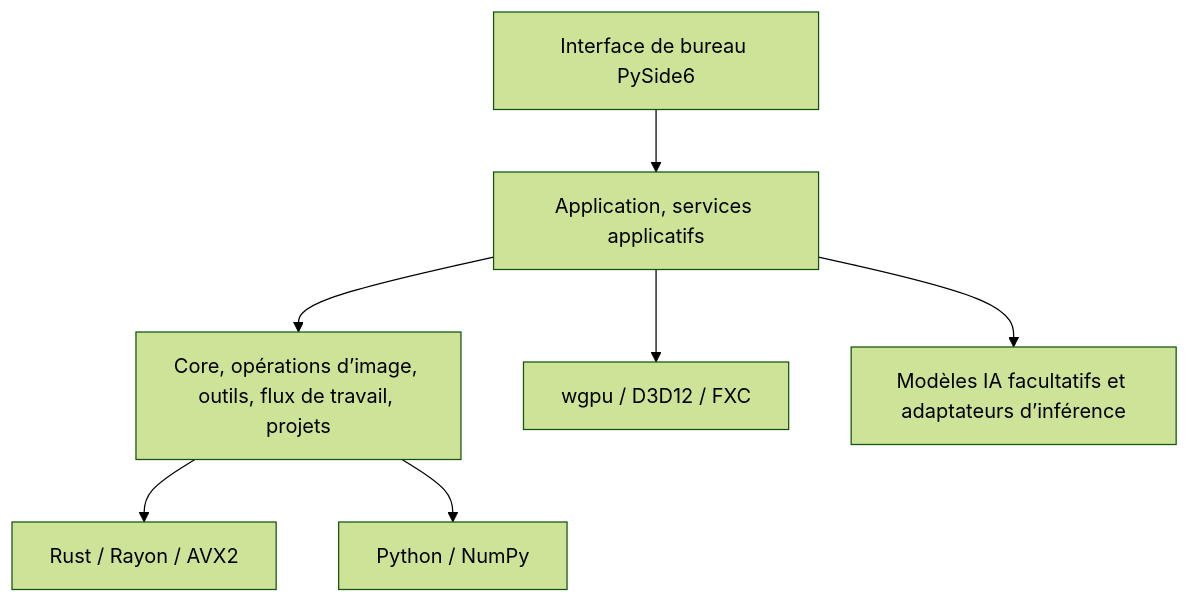
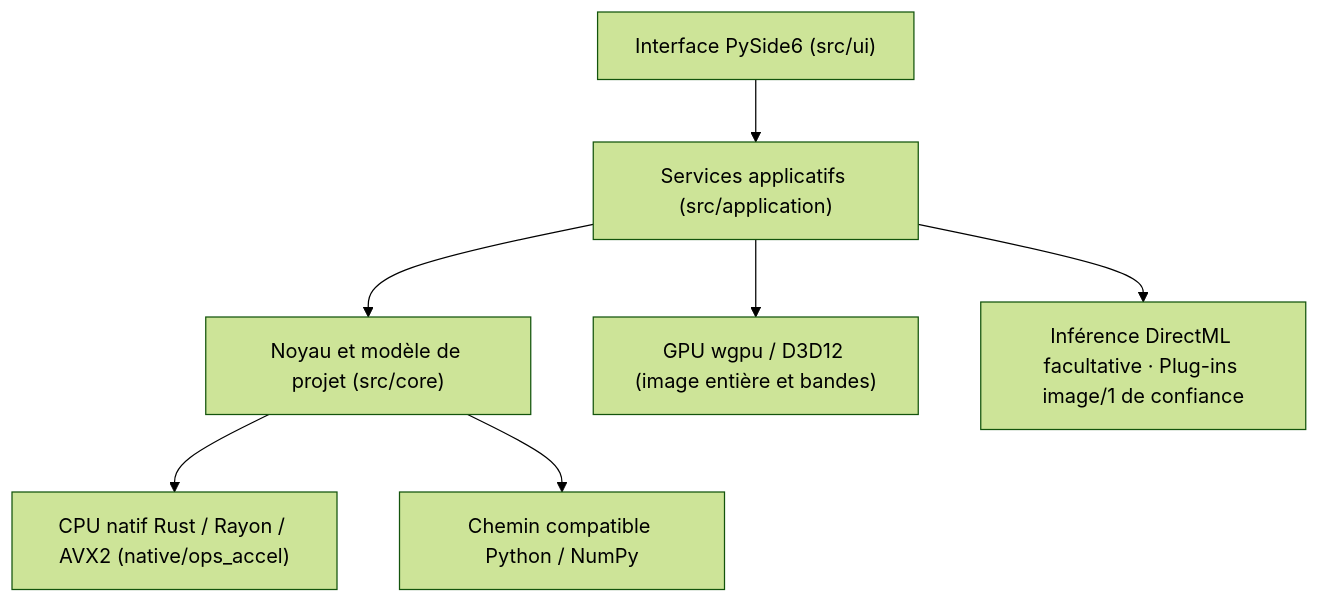
The first of 2 diagrams in open-docs/architecture.fr.md (KpTanl/OpenPictureStudio), drawn with Mermaid (forest theme) before and after one commit. The commit also changed other lines of this file and 35 other files, not shown here.

````diff
--- a/open-docs/architecture.fr.md
+++ b/open-docs/architecture.fr.md
@@ -11,9 +11,9 @@
 ```mermaid
 flowchart TD
-    UI[Interface de bureau PySide6] --> APP[Application, services applicatifs]
-    APP --> CORE[Core, opérations d’image, outils, flux de travail, projets]
-    CORE --> CPU[Rust / Rayon / AVX2]
-    APP --> GPU[wgpu / D3D12 / FXC]
-    CORE --> PY[Python / NumPy]
-    APP --> AI[Modèles IA facultatifs et adaptateurs d’inférence]
+    UI["Interface PySide6 (src/ui)"] --> APP["Services applicatifs (src/application)"]
+    APP --> CORE["Noyau et modèle de projet (src/core)"]
+    APP --> GPU["GPU wgpu / D3D12 (image entière et bandes)"]
+    APP --> AI["Inférence DirectML facultative · Plug-ins image/1 de confiance"]
+    CORE --> CPU["CPU natif Rust / Rayon / AVX2 (native/ops_accel)"]
+    CORE --> PY["Chemin compatible Python / NumPy"]
 ```
````
